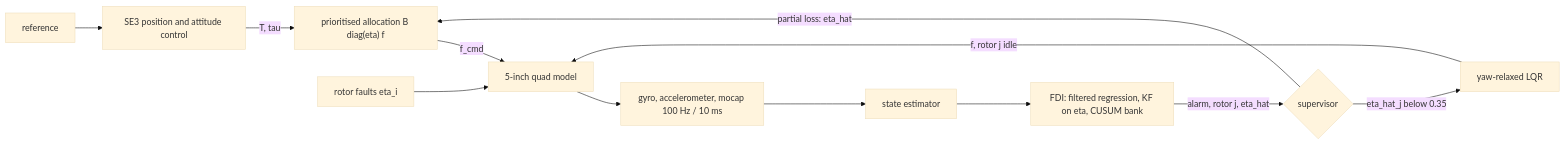
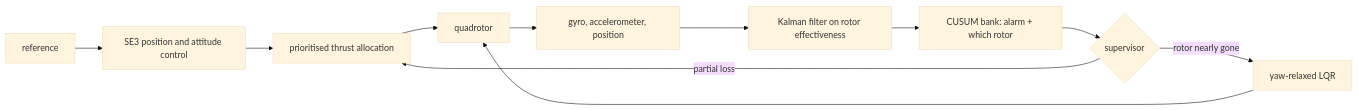
Before and after one commit to Kronbii/rotor-fault-recovery: the diagram in README.md, drawn with Mermaid (base theme). The commit also changed other lines of this file and 2 other files, not shown here.

````diff
--- a/README.md
+++ b/README.md
@@ -54,14 +41,13 @@
 ```mermaid
 flowchart LR
-  REF[reference] --> SE3[SE3 position and attitude control]
-  SE3 -->|T, tau| ALLOC["prioritised allocation B diag(eta) f"]
-  ALLOC -->|f_cmd| QUAD[5-inch quad model]
-  FAULT[rotor faults eta_i] --> QUAD
-  QUAD --> SENS[gyro, accelerometer, mocap 100 Hz / 10 ms]
-  SENS --> EST[state estimator]
-  EST --> FDI[FDI: filtered regression, KF on eta, CUSUM bank]
-  FDI -->|alarm, rotor j, eta_hat| SUP{supervisor}
-  SUP -->|partial loss: eta_hat| ALLOC
-  SUP -->|eta_hat_j below 0.35| RELAX[yaw-relaxed LQR]
-  RELAX -->|f, rotor j idle| QUAD
+  REF[reference] --> CTRL[SE3 position and attitude control]
+  CTRL --> ALLOC[prioritised thrust allocation]
+  ALLOC --> QUAD[quadrotor]
+  QUAD --> SENS[gyro, accelerometer, position]
+  SENS --> EST[Kalman filter on rotor effectiveness]
+  EST --> CUSUM[CUSUM bank: alarm + which rotor]
+  CUSUM --> SUP{supervisor}
+  SUP -->|partial loss| ALLOC
+  SUP -->|rotor nearly gone| RELAX[yaw-relaxed LQR]
+  RELAX --> QUAD
 ```
````
